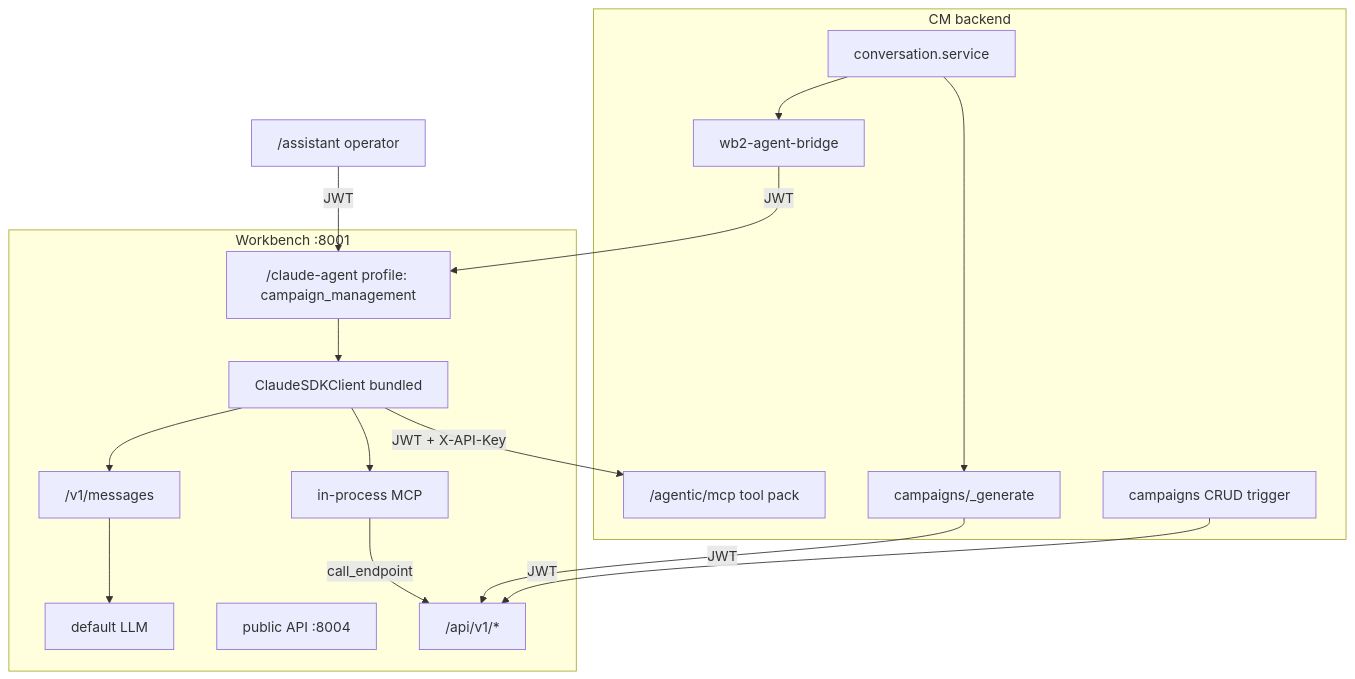
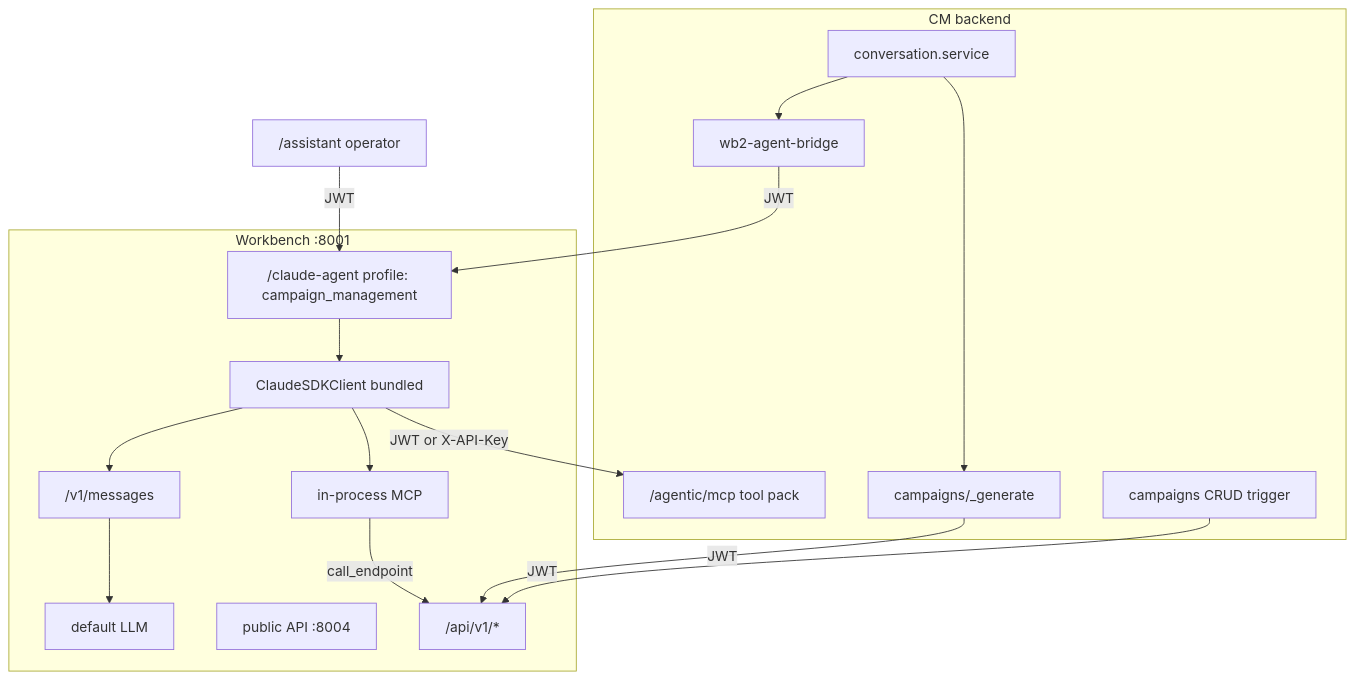
One commit to ecogenetic/ecosystem.ai changed the diagram in content/docs/workers/agent_framework/claude-agent.mdx. Above: the diagram before and after it, drawn with Mermaid. The commit also changed other lines of this file and 40 other files, not shown here.

````diff
--- a/content/docs/workers/agent_framework/claude-agent.mdx
+++ b/content/docs/workers/agent_framework/claude-agent.mdx
@@ -14,29 +14,29 @@
 ```mermaid
 flowchart TB
   subgraph cm [CM backend]
     Conv[conversation.service]
     Bridge[wb2-agent-bridge]
     CmMcp["/agentic/mcp tool pack"]
     Gen[campaigns/_generate]
     Ops[campaigns CRUD trigger]
     Conv --> Bridge
     Conv --> Gen
   end
   subgraph wb [Workbench :8001]
     CA["/claude-agent profile: campaign_management"]
     SDK[ClaudeSDKClient bundled]
     Msg["/v1/messages"]
     LLM[default LLM]
     MCP[in-process MCP]
     Pub["public API :8004"]
     CA --> SDK
     SDK --> Msg --> LLM
     SDK --> MCP
     MCP -->|"call_endpoint"| Api["/api/v1/*"]
   end
   Bridge -->|JWT| CA
-  SDK -->|"JWT + X-API-Key"| CmMcp
+  SDK -->|"JWT or X-API-Key"| CmMcp
   Gen -->|JWT| Api
   Ops -->|JWT| Api
   Asst["/assistant operator"] -->|JWT| CA
 ```
````
